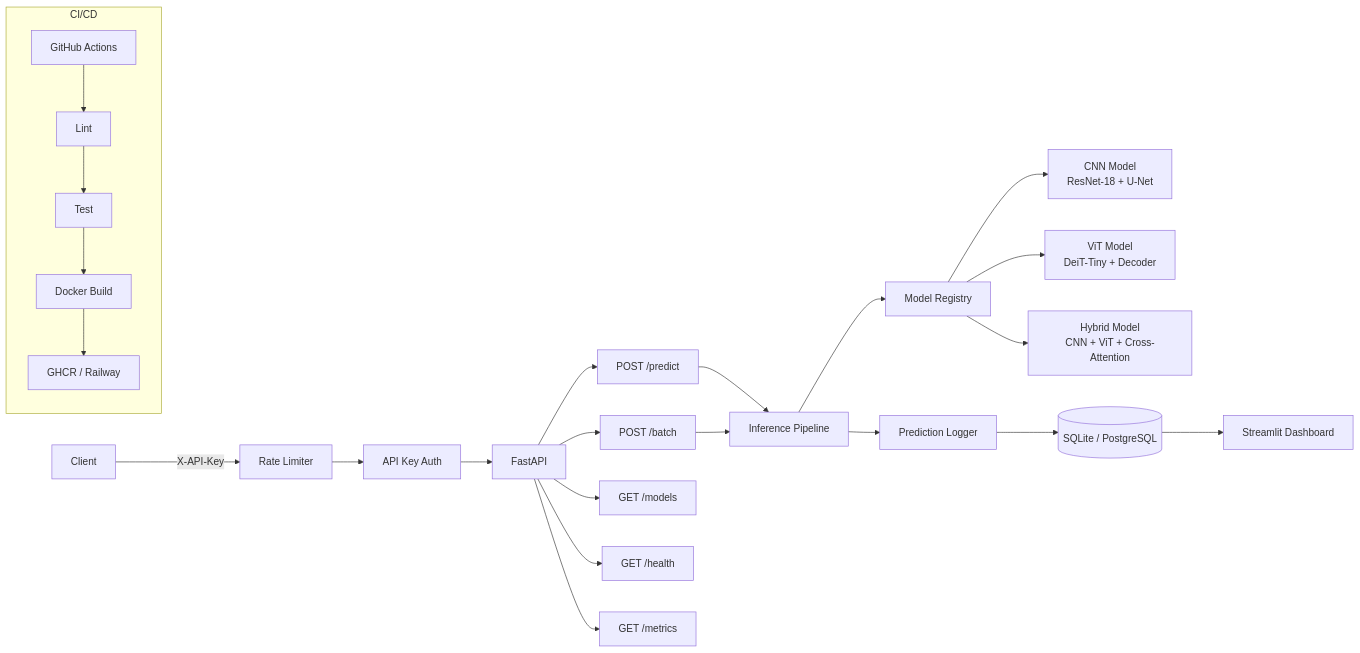
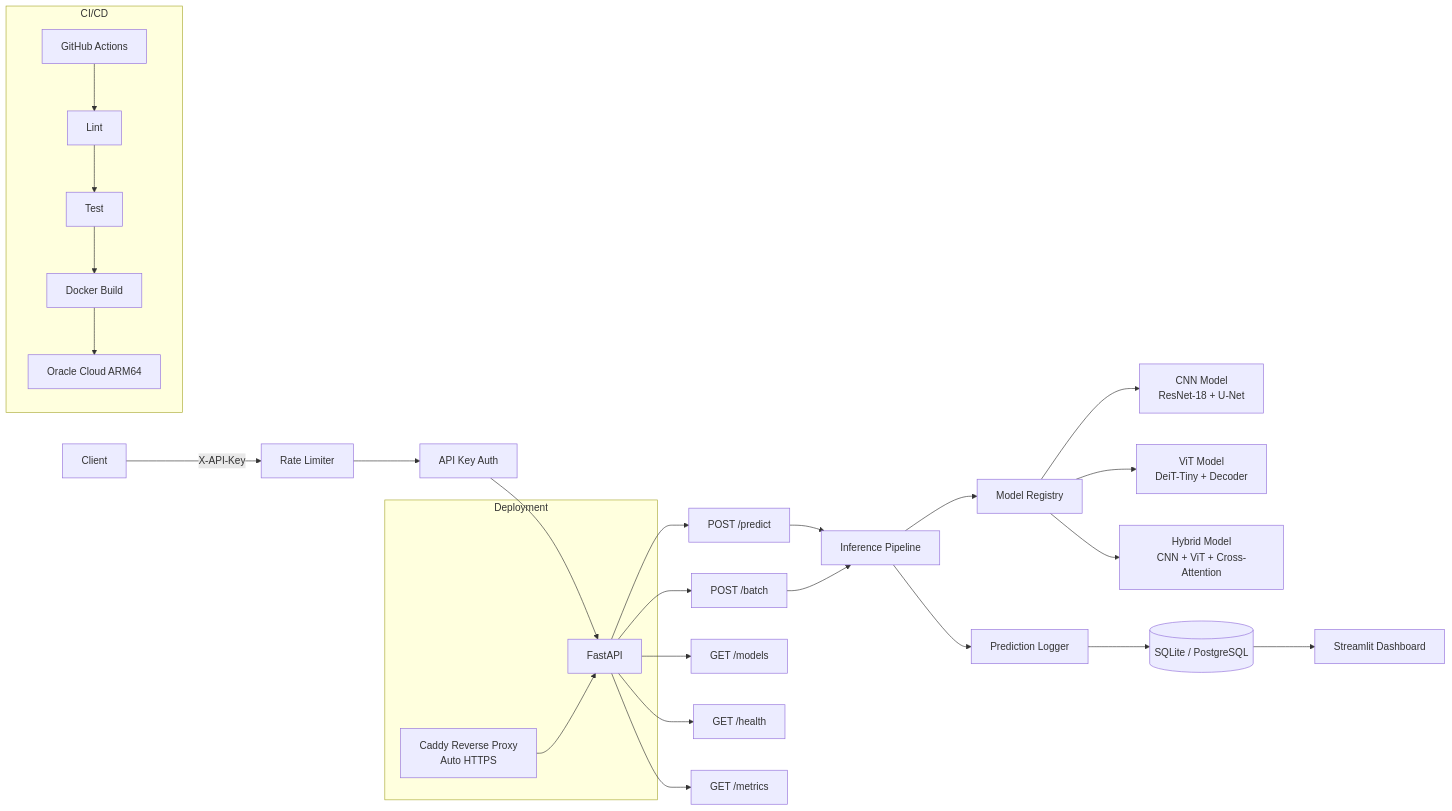
Before and after one commit to KeonPham/medseg-api: the diagram in README.md, drawn with Mermaid. The commit also changed other lines of this file and 3 other files, not shown here.

````diff
--- a/README.md
+++ b/README.md
@@ -18,31 +22,35 @@
 ```mermaid
 graph LR
     Client -->|X-API-Key| RateLimit[Rate Limiter]
     RateLimit --> Auth[API Key Auth]
     Auth --> API[FastAPI]
 
     API --> Predict[POST /predict]
     API --> Batch[POST /batch]
     API --> Models[GET /models]
     API --> Health[GET /health]
     API --> Metrics[GET /metrics]
 
     Predict --> Pipeline[Inference Pipeline]
     Batch --> Pipeline
 
     Pipeline --> Registry[Model Registry]
     Registry --> CNN[CNN Model<br/>ResNet-18 + U-Net]
     Registry --> ViT[ViT Model<br/>DeiT-Tiny + Decoder]
     Registry --> Hybrid[Hybrid Model<br/>CNN + ViT + Cross-Attention]
 
     Pipeline --> Logger[Prediction Logger]
     Logger --> DB[(SQLite / PostgreSQL)]
     DB --> Dashboard[Streamlit Dashboard]
 
+    subgraph Deployment
+        Caddy[Caddy Reverse Proxy<br/>Auto HTTPS] --> API
+    end
+
     subgraph CI/CD
         GH[GitHub Actions] --> Lint
         Lint --> Test
         Test --> Build[Docker Build]
-        Build --> Deploy[GHCR / Railway]
+        Build --> Deploy[Oracle Cloud ARM64]
     end
 ```
````
